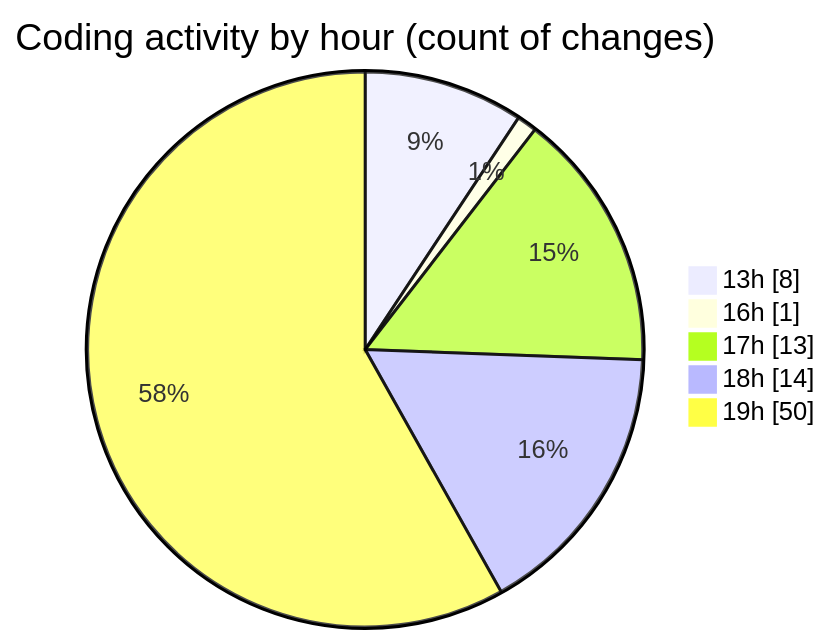
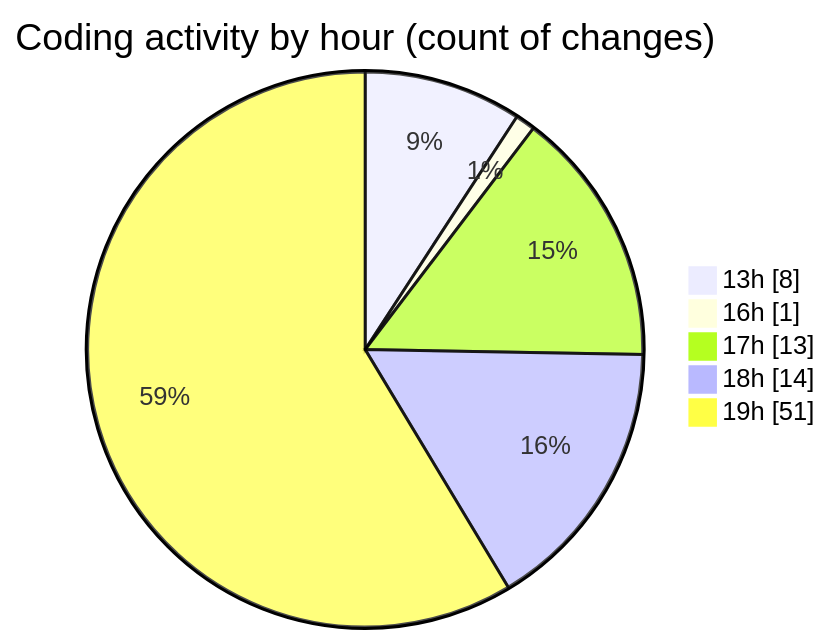
The second of 2 diagrams in 2025-08-24/chatgpt-extension/README.md (EIIisD/code-tracking), drawn with Mermaid before and after one commit. The commit also changed other lines of this file and 1 other file, not shown here.

````diff
--- a/2025-08-24/chatgpt-extension/README.md
+++ b/2025-08-24/chatgpt-extension/README.md
@@ -41,9 +41,9 @@
 ```mermaid
 pie showData
 title Coding activity by hour (count of changes)
 "13h" : 8
 "16h" : 1
 "17h" : 13
 "18h" : 14
-"19h" : 50
+"19h" : 51
 ```
````
